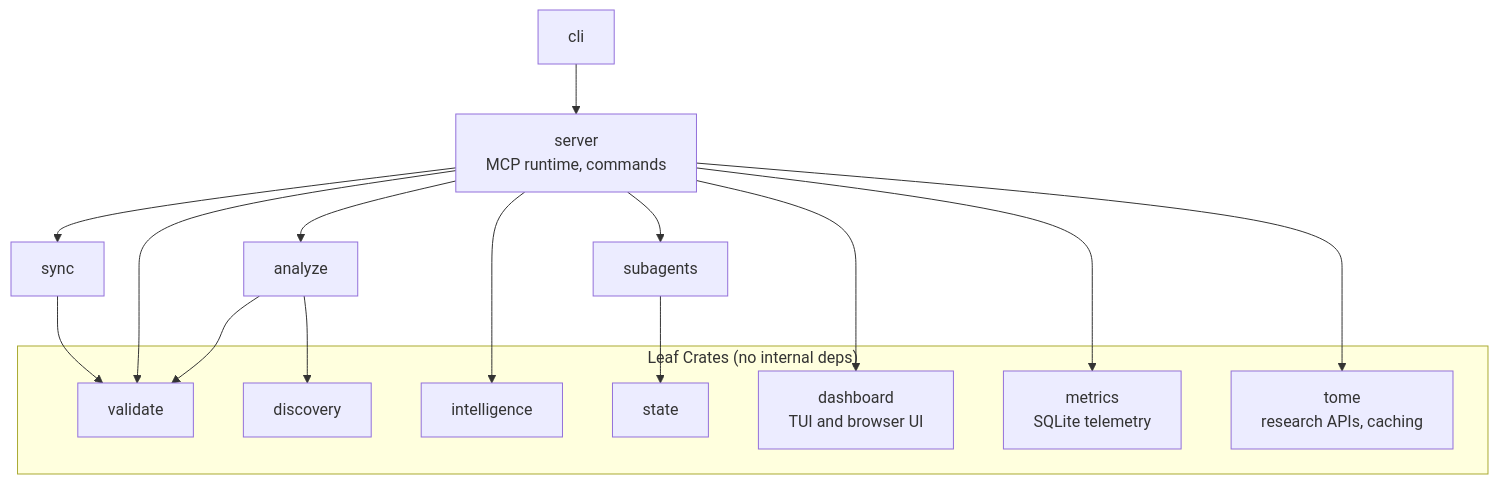
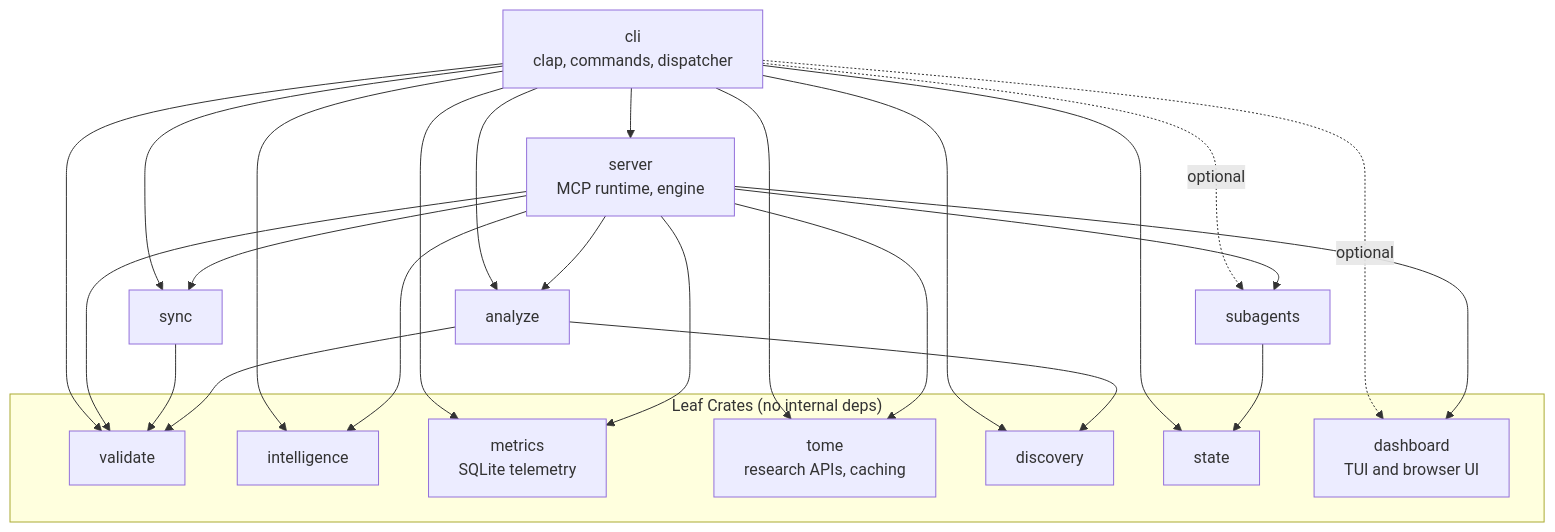
Before and after one commit to athola/skrills: the second of 2 diagrams in docs/architecture.md, drawn with Mermaid. The commit also changed other lines of this file and 7 other files, not shown here.

````diff
--- a/docs/architecture.md
+++ b/docs/architecture.md
@@ -22,26 +22,29 @@
 ```mermaid
 graph TD
-    cli[cli] --> server[server<br/>MCP runtime, commands]
+    cli[cli<br/>clap, commands, dispatcher] --> server[server<br/>MCP runtime, engine]
+    cli --> sync & validate & analyze & intelligence
+    cli --> metrics & tome & discovery & state
+    cli -. optional .-> subagents & dashboard
     server --> sync[sync]
     server --> validate[validate]
     server --> analyze[analyze]
     server --> intelligence[intelligence]
     server --> subagents[subagents]
     server --> dashboard[dashboard<br/>TUI and browser UI]
     server --> metrics[metrics<br/>SQLite telemetry]
     server --> tome[tome<br/>research APIs, caching]
     sync --> validate
     analyze --> validate
     analyze --> discovery
     subagents --> state[state]
 
     subgraph leaf["Leaf Crates (no internal deps)"]
         discovery[discovery]
         intelligence
         state
         validate
         metrics
         dashboard
         tome
     end
 ```
````
